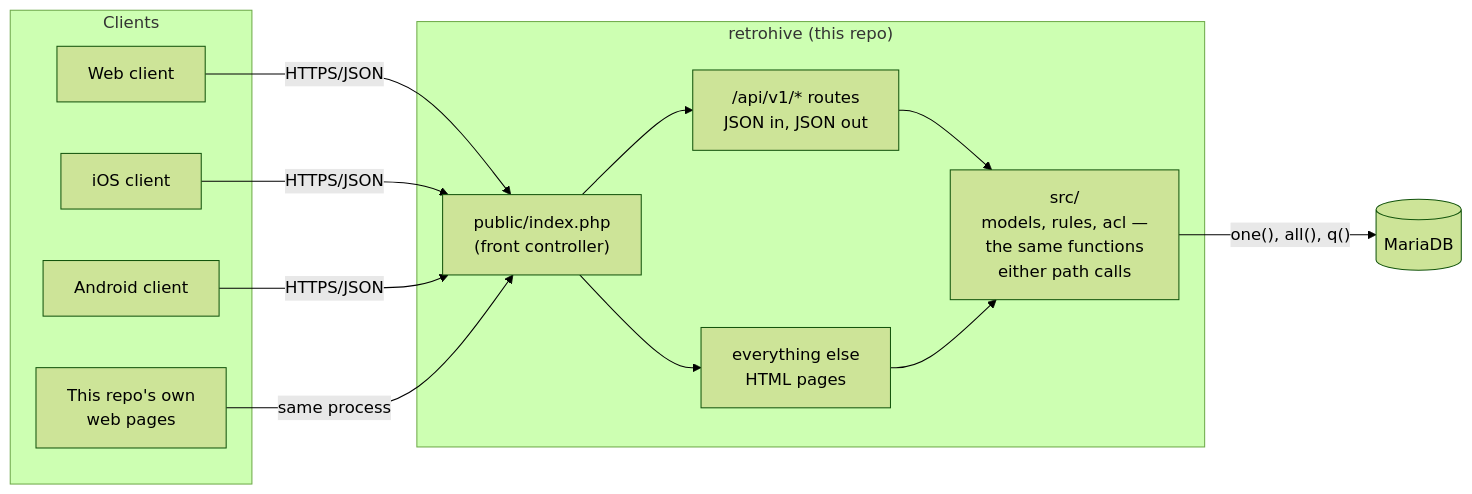
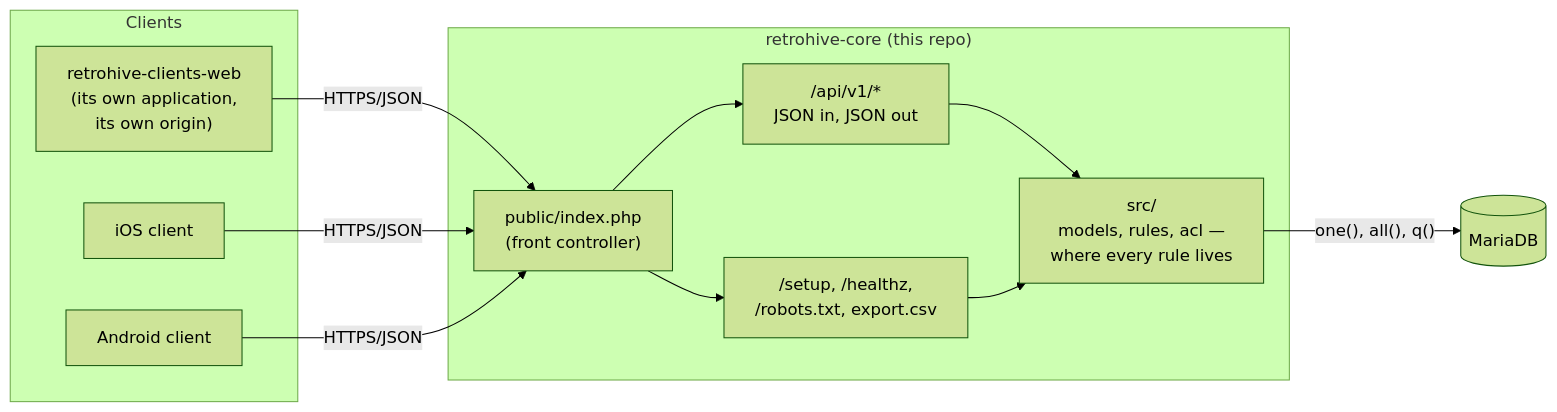
Before and after one commit to norrorthoarders/retrohive-core: the first of 5 diagrams in README.md, drawn with Mermaid (forest theme). The commit also changed other lines of this file and 10 other files, not shown here.

Commit message:
retrohive-core 2026-08-21 14:52

````diff
--- a/README.md
+++ b/README.md
@@ -30,25 +39,23 @@
 ```mermaid
 flowchart LR
     subgraph Clients
-        W[Web client]
+        W["retrohive-clients-web\n(its own application,\nits own origin)"]
         I[iOS client]
         A[Android client]
-        WUI[This repo's own\nweb pages]
     end
 
     W -- HTTPS/JSON --> IDX
     I -- HTTPS/JSON --> IDX
     A -- HTTPS/JSON --> IDX
-    WUI -- same process --> IDX
 
-    subgraph "retrohive (this repo)"
+    subgraph "retrohive-core (this repo)"
         IDX["public/index.php\n(front controller)"]
-        API["/api/v1/* routes\nJSON in, JSON out"]
-        WEB["everything else\nHTML pages"]
-        SRC["src/\nmodels, rules, acl —\nthe same functions\neither path calls"]
+        API["/api/v1/*\nJSON in, JSON out"]
+        OPEN["/setup, /healthz,\n/robots.txt, export.csv"]
+        SRC["src/\nmodels, rules, acl —\nwhere every rule lives"]
         IDX --> API --> SRC
-        IDX --> WEB --> SRC
+        IDX --> OPEN --> SRC
     end
 
     SRC -->|"one(), all(), q()"| DB[(MariaDB)]
 ```
````
